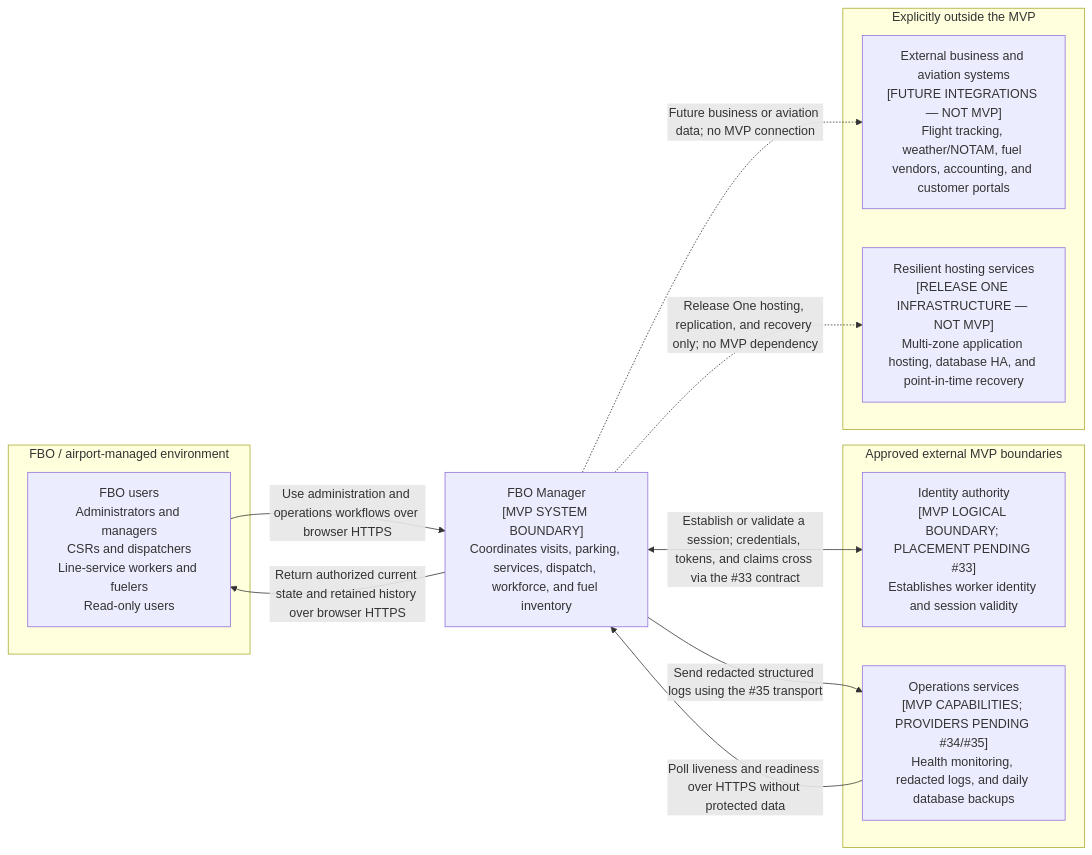
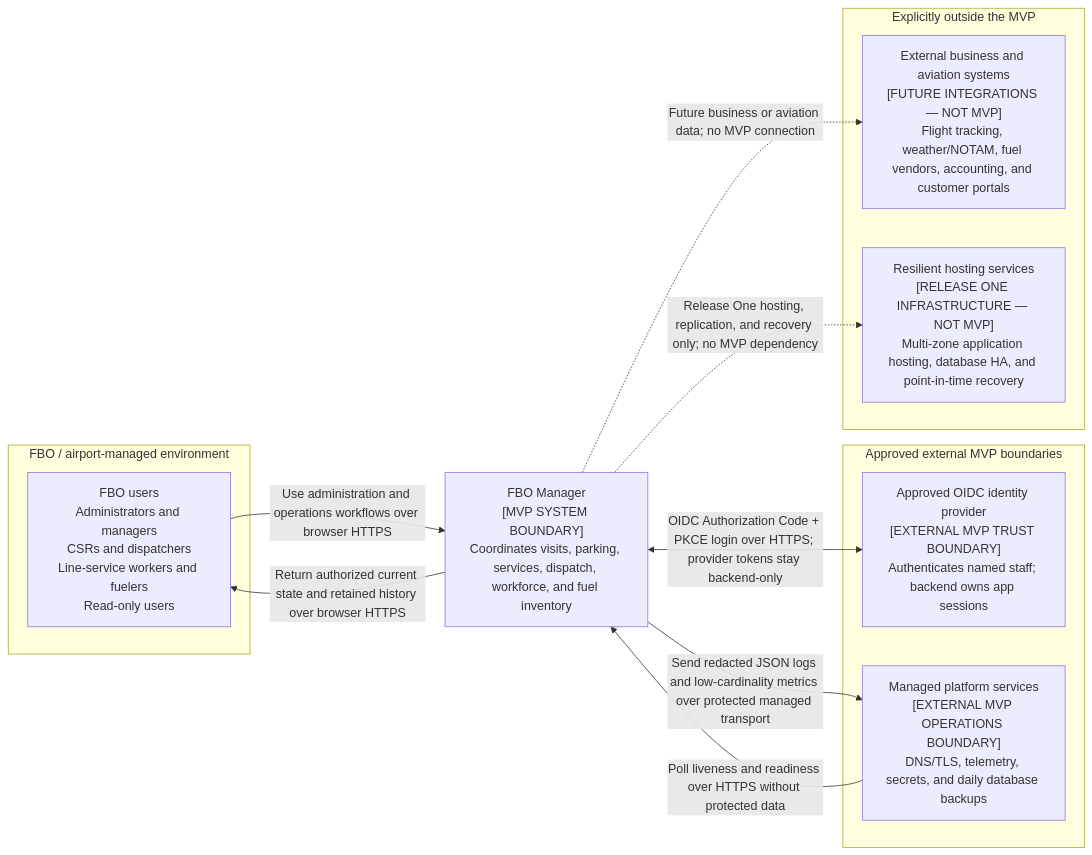
The first of 3 diagrams in docs/architecture.md (ecillie/FBO_Manager), drawn with Mermaid before and after one commit. The commit also changed other lines of this file and 13 other files, not shown here.

Commit message:
Consolidate MVP architecture decisions

````diff
--- a/docs/architecture.md
+++ b/docs/architecture.md
@@ -47,26 +47,26 @@
 ```mermaid
 flowchart LR
     subgraph airport["FBO / airport-managed environment"]
         users["FBO users<br/>Administrators and managers<br/>CSRs and dispatchers<br/>Line-service workers and fuelers<br/>Read-only users"]
     end
 
     system["FBO Manager<br/>[MVP SYSTEM BOUNDARY]<br/>Coordinates visits, parking, services, dispatch, workforce, and fuel inventory"]
 
     subgraph approved["Approved external MVP boundaries"]
-        identity["Identity authority<br/>[MVP LOGICAL BOUNDARY; PLACEMENT PENDING #33]<br/>Establishes worker identity and session validity"]
-        operations["Operations services<br/>[MVP CAPABILITIES; PROVIDERS PENDING #34/#35]<br/>Health monitoring, redacted logs, and daily database backups"]
+        identity["Approved OIDC identity provider<br/>[EXTERNAL MVP TRUST BOUNDARY]<br/>Authenticates named staff; backend owns app sessions"]
+        operations["Managed platform services<br/>[EXTERNAL MVP OPERATIONS BOUNDARY]<br/>DNS/TLS, telemetry, secrets, and daily database backups"]
     end
 
     subgraph excluded["Explicitly outside the MVP"]
         future["External business and aviation systems<br/>[FUTURE INTEGRATIONS — NOT MVP]<br/>Flight tracking, weather/NOTAM, fuel vendors, accounting, and customer portals"]
         releaseOne["Resilient hosting services<br/>[RELEASE ONE INFRASTRUCTURE — NOT MVP]<br/>Multi-zone application hosting, database HA, and point-in-time recovery"]
     end
 
     users -->|"Use administration and operations workflows over browser HTTPS"| system
     system -->|"Return authorized current state and retained history over browser HTTPS"| users
-    system <-->|"Establish or validate a session; credentials, tokens, and claims cross via the #33 contract"| identity
+    system <-->|"OIDC Authorization Code + PKCE login over HTTPS; provider tokens stay backend-only"| identity
     operations -->|"Poll liveness and readiness over HTTPS without protected data"| system
-    system -->|"Send redacted structured logs using the #35 transport"| operations
+    system -->|"Send redacted JSON logs and low-cardinality metrics over protected managed transport"| operations
     system -.->|"Future business or aviation data; no MVP connection"| future
     system -.->|"Release One hosting, replication, and recovery only; no MVP dependency"| releaseOne
 ```
````
